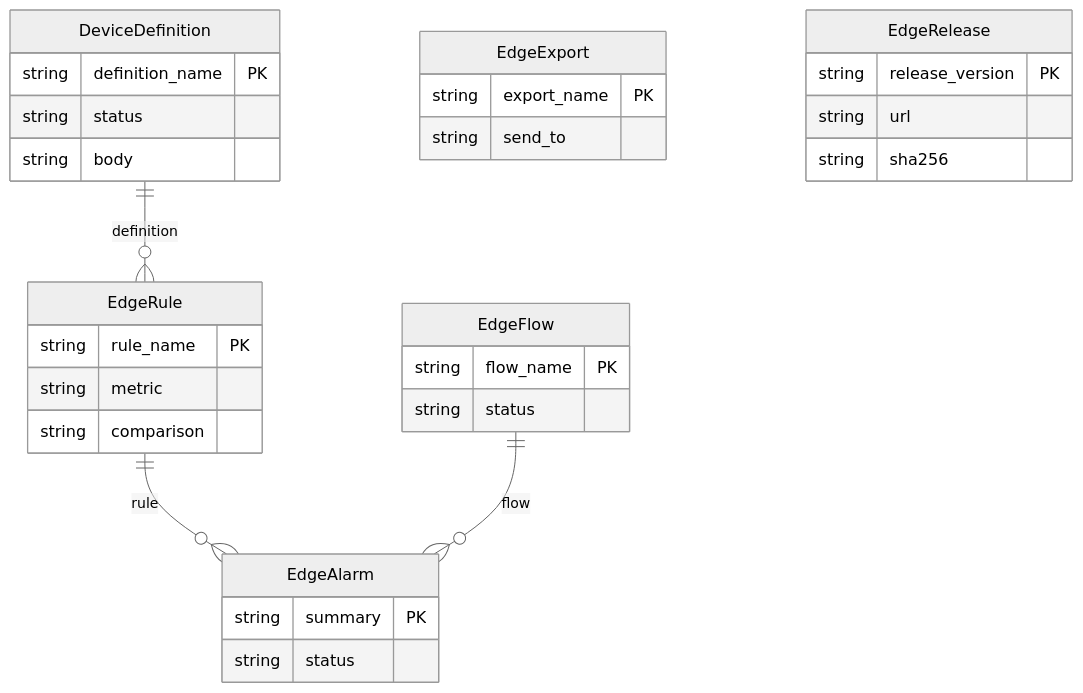
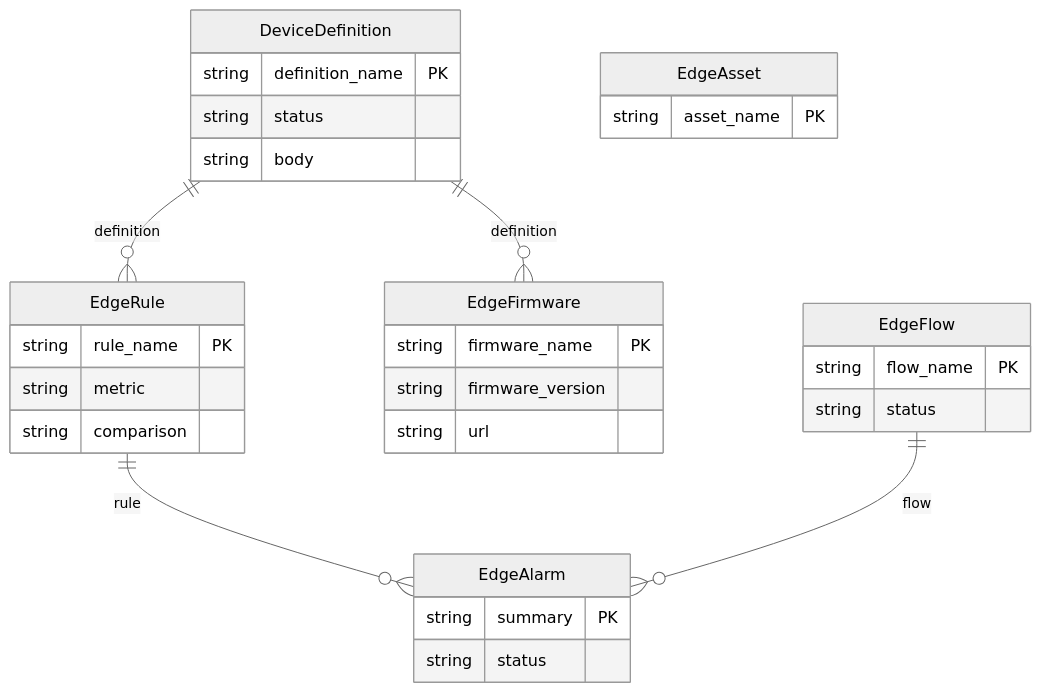
The third of 3 diagrams in README.md (CBFerrum/ferrum-app-edge), drawn with Mermaid (neutral theme) before and after one commit. The commit also changed other lines of this file and 14 other files, not shown here.

````diff
--- a/README.md
+++ b/README.md
@@ -226,33 +256,33 @@
 ```mermaid
 erDiagram
     DeviceDefinition {
         string definition_name PK
         string status
         string body
     }
     EdgeRule {
         string rule_name PK
         string metric
         string comparison
     }
     EdgeAlarm {
         string summary PK
         string status
     }
+    EdgeAsset {
+        string asset_name PK
+    }
+    EdgeFirmware {
+        string firmware_name PK
+        string firmware_version
+        string url
+    }
     EdgeFlow {
         string flow_name PK
         string status
     }
-    EdgeExport {
-        string export_name PK
-        string send_to
-    }
-    EdgeRelease {
-        string release_version PK
-        string url
-        string sha256
-    }
     DeviceDefinition ||--o{ EdgeRule : "definition"
     EdgeRule ||--o{ EdgeAlarm : "rule"
     EdgeFlow ||--o{ EdgeAlarm : "flow"
+    DeviceDefinition ||--o{ EdgeFirmware : "definition"
 ```
````
